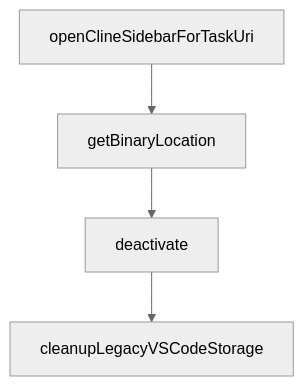
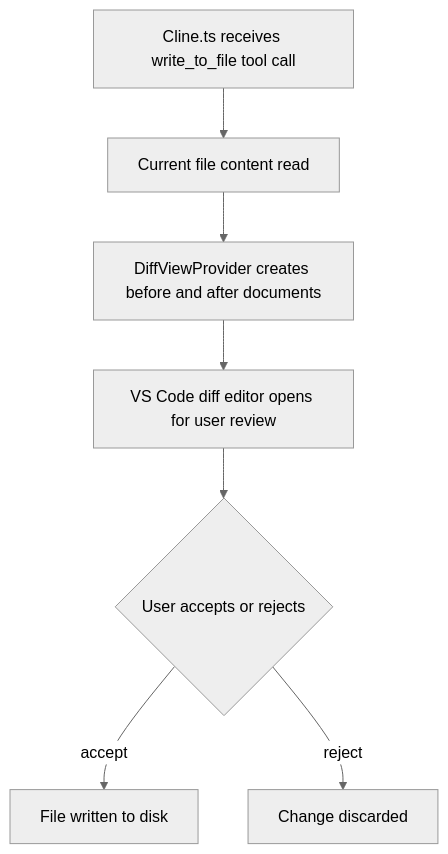
Before and after one commit to johnxie/awesome-code-docs: the diagram in tutorials/cline-tutorial/03-file-editing-and-diffs.md, drawn with Mermaid (neutral theme). The commit also changed other lines of this file and 1232 other files, not shown here.

````diff
--- a/tutorials/cline-tutorial/03-file-editing-and-diffs.md
+++ b/tutorials/cline-tutorial/03-file-editing-and-diffs.md
@@ -278,10 +128,16 @@
 ```mermaid
 flowchart TD
-    A[openClineSidebarForTaskUri]
-    B[getBinaryLocation]
-    C[deactivate]
-    D[cleanupLegacyVSCodeStorage]
+    A[Cline.ts receives write_to_file tool call]
+    B[Current file content read]
+    C[DiffViewProvider creates before and after documents]
+    D[VS Code diff editor opens for user review]
+    E{User accepts or rejects}
+    F[File written to disk]
+    G[Change discarded]
     A --> B
     B --> C
     C --> D
+    D --> E
+    E -- accept --> F
+    E -- reject --> G
 ```
````
